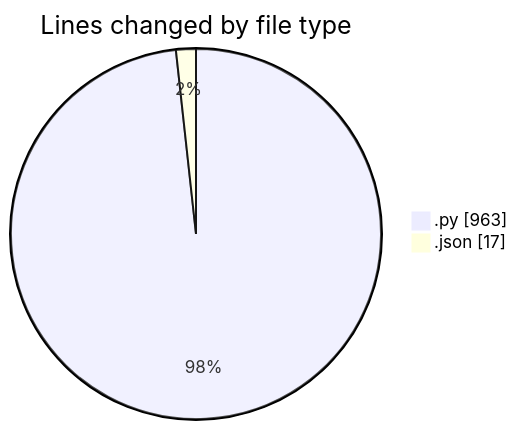
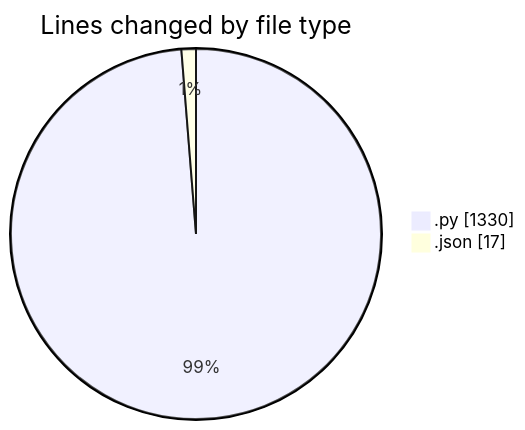
Before and after one commit to MatusMokan/code-tracking: the first of 2 diagrams in 2025-02-28/myws__workspace_/README.md, drawn with Mermaid. The commit also changed other lines of this file and 1 other file, not shown here.

````diff
--- a/2025-02-28/myws__workspace_/README.md
+++ b/2025-02-28/myws__workspace_/README.md
@@ -22,6 +23,6 @@
 ```mermaid
 pie showData
 title Lines changed by file type
-".py" : 963
+".py" : 1330
 ".json" : 17
 ```
````
